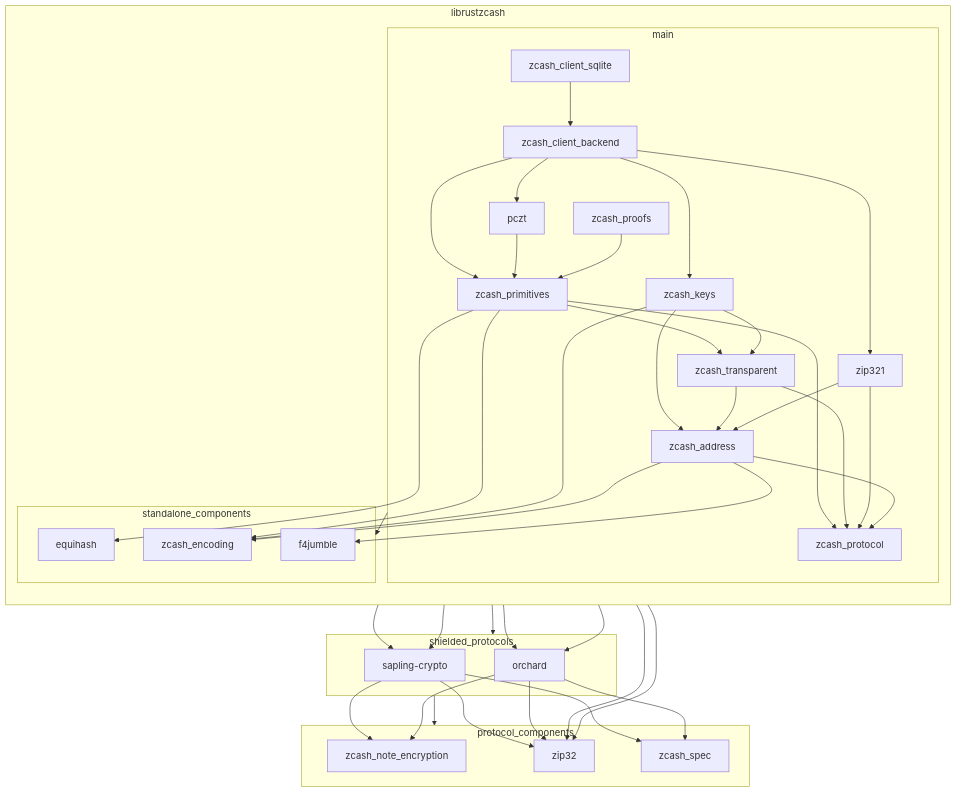
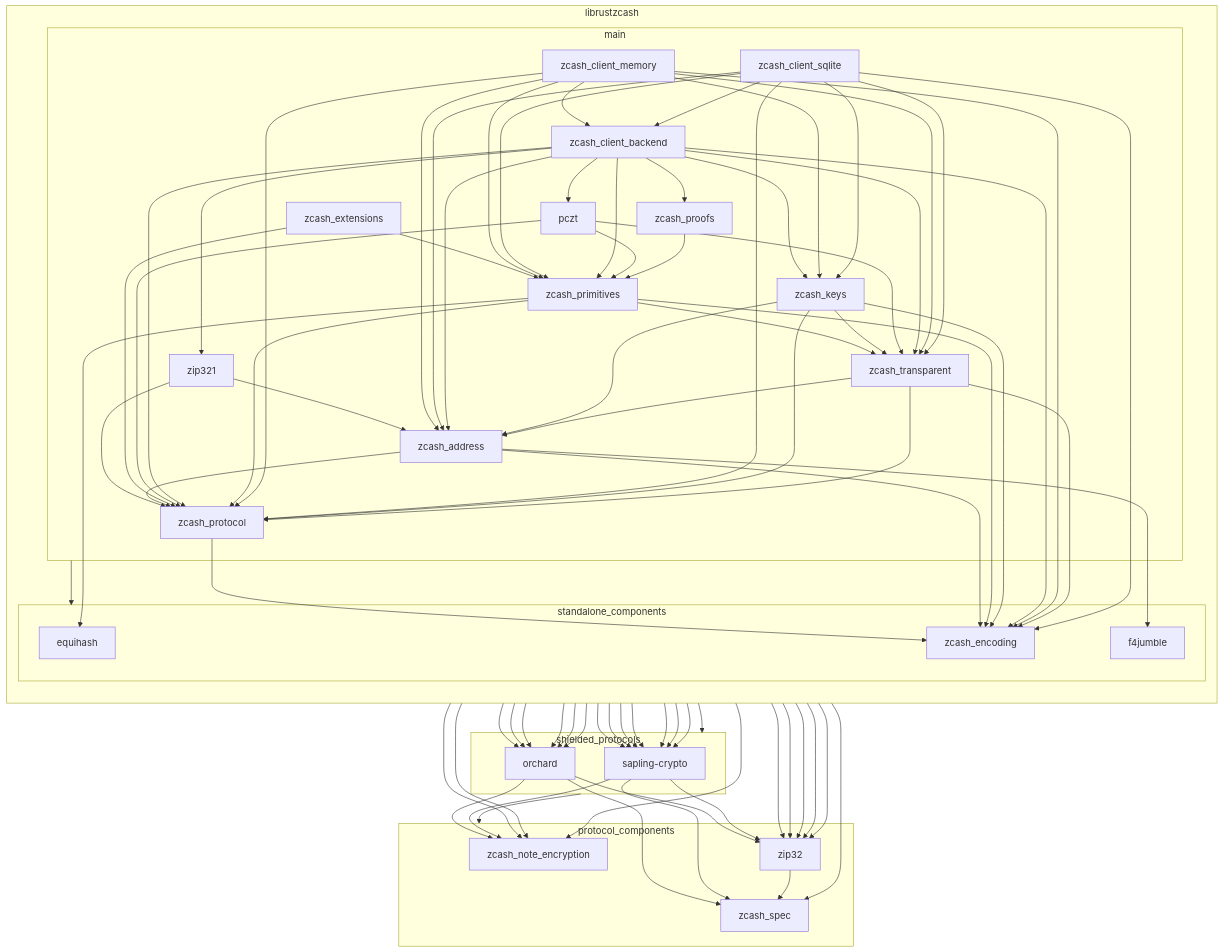
The diagram in README.md (zcash/librustzcash), drawn with Mermaid before and after one commit.

Commit message:
Fix README dependency graph to show all direct dependencies

````diff
--- a/README.md
+++ b/README.md
@@ -14,9 +14,11 @@
             zcash_primitives
             zcash_transparent
             zcash_proofs
+            zcash_extensions
             zcash_protocol
             pczt
             zcash_client_backend
+            zcash_client_memory
             zcash_client_sqlite
             zcash_keys
             zip321
@@ -41,60 +43,119 @@
     end
 
     zcash_client_sqlite --> zcash_client_backend
+    zcash_client_memory --> zcash_client_backend
+
+    zcash_client_backend --> pczt
+
+    zcash_client_sqlite --> zcash_keys
+    zcash_client_memory --> zcash_keys
+    zcash_client_backend --> zcash_keys
+
+    zcash_client_backend --> zcash_proofs
+
+    zcash_proofs --> zcash_primitives
+    pczt --> zcash_primitives
     zcash_client_backend --> zcash_primitives
+    zcash_client_sqlite --> zcash_primitives
+    zcash_client_memory --> zcash_primitives
+    zcash_extensions --> zcash_primitives
+
+    zcash_client_sqlite --> zcash_transparent
+    zcash_client_memory --> zcash_transparent
+    zcash_client_backend --> zcash_transparent
+    pczt --> zcash_transparent
+    zcash_keys --> zcash_transparent
+    zcash_primitives --> zcash_transparent
+
     zcash_client_backend --> zip321
-    zcash_client_backend --> zcash_keys
-    zcash_client_backend --> pczt
-    pczt --> zcash_primitives
-    zcash_proofs --> zcash_primitives
+
+    zcash_transparent --> zcash_address
+    zcash_keys --> zcash_address
+    zcash_client_backend --> zcash_address
+    zcash_client_sqlite --> zcash_address
+    zcash_client_memory --> zcash_address
+    zip321 --> zcash_address
+
+    zcash_transparent --> zcash_protocol
+    zcash_keys --> zcash_protocol
+    zcash_client_sqlite --> zcash_protocol
+    zcash_client_memory --> zcash_protocol
     zcash_primitives --> zcash_protocol
+    zcash_client_backend --> zcash_protocol
+    pczt --> zcash_protocol
+    zcash_extensions --> zcash_protocol
+    zcash_address --> zcash_protocol
+    zip321 --> zcash_protocol
+
+    zcash_client_sqlite --> zcash_encoding
+    zcash_transparent --> zcash_encoding
+    zcash_client_memory --> zcash_encoding
+    zcash_client_backend --> zcash_encoding
+    zcash_keys --> zcash_encoding
+    zcash_primitives --> zcash_encoding
+    zcash_address --> zcash_encoding
+    zcash_protocol --> zcash_encoding
+
     zcash_primitives --> equihash
-    zcash_primitives --> zcash_encoding
-    zcash_primitives --> zcash_transparent
+    zcash_address --> f4jumble
+
+    zcash_keys --> orchard
+    zcash_primitives --> orchard
+    pczt --> orchard
+    zcash_client_sqlite --> orchard
+    zcash_client_memory --> orchard
+    zcash_client_backend --> orchard
+
+    zcash_client_sqlite --> sapling-crypto
+    zcash_client_memory --> sapling-crypto
+    zcash_client_backend --> sapling-crypto
+    zcash_proofs --> sapling-crypto
+    pczt --> sapling-crypto
+    zcash_keys --> sapling-crypto
     zcash_primitives --> sapling-crypto
-    zcash_primitives --> orchard
-    zcash_keys --> zcash_address
-    zcash_keys --> zcash_encoding
+
+    orchard --> zcash_note_encryption
+    sapling-crypto --> zcash_note_encryption
+    zcash_primitives --> zcash_note_encryption
+    pczt --> zcash_note_encryption
+    zcash_client_backend --> zcash_note_encryption
+
+    zcash_client_sqlite --> zip32
+    zcash_client_memory --> zip32
+    zcash_client_backend --> zip32
     zcash_keys --> zip32
-    zcash_keys --> zcash_transparent
-    zcash_keys --> orchard
-    zcash_keys --> sapling-crypto
-    zcash_transparent --> zcash_protocol
-    zcash_transparent --> zcash_address
     zcash_transparent --> zip32
-    zip321 --> zcash_address
-    zip321 --> zcash_protocol
-    zcash_address --> zcash_protocol
-    zcash_address --> f4jumble
-    zcash_address --> zcash_encoding
-    sapling-crypto --> zcash_note_encryption
+    orchard --> zip32
     sapling-crypto --> zip32
+
+    zcash_transparent --> zcash_spec
+    orchard --> zcash_spec
     sapling-crypto --> zcash_spec
-    orchard --> zcash_note_encryption
-    orchard --> zip32
-    orchard --> zcash_spec
+    zip32 --> zcash_spec
 
     main --> standalone_components
 
     librustzcash --> shielded_protocols
     shielded_protocols --> protocol_components
 
+    click equihash "https://docs.rs/equihash/" _blank
+    click f4jumble "https://docs.rs/f4jumble/" _blank
+    click orchard "https://docs.rs/orchard/" _blank
+    click pczt "https://docs.rs/pczt/" _blank
+    click sapling-crypto "https://docs.rs/sapling-crypto/" _blank
     click zcash_address "https://docs.rs/zcash_address/" _blank
+    click zcash_encoding "https://docs.rs/zcash_encoding/" _blank
+    click zcash_client_backend "https://docs.rs/zcash_client_backend/" _blank
+    click zcash_client_memory "https://docs.rs/zcash_client_memory/" _blank
+    click zcash_client_sqlite "https://docs.rs/zcash_client_sqlite/" _blank
+    click zcash_extensions "https://docs.rs/zcash_extensions/" _blank
+    click zcash_keys "https://docs.rs/zcash_keys/" _blank
+    click zcash_note_encryption "https://docs.rs/zcash_note_encryption/" _blank
     click zcash_primitives "https://docs.rs/zcash_primitives/" _blank
-    click zcash_transparent "https://docs.rs/zcash_transparent/" _blank
     click zcash_proofs "https://docs.rs/zcash_proofs/" _blank
     click zcash_protocol "https://docs.rs/zcash_protocol/" _blank
-    click zcash_keys "https://docs.rs/zcash_keys/" _blank
+    click zcash_spec "https://docs.rs/zcash_spec/" _blank
+    click zcash_transparent "https://docs.rs/zcash_transparent/" _blank
     click zip321 "https://docs.rs/zip321/" _blank
-    click pczt "https://docs.rs/pczt/" _blank
-    click zcash_client_backend "https://docs.rs/zcash_client_backend/" _blank
-    click zcash_client_sqlite "https://docs.rs/zcash_client_sqlite/" _blank
-    click equihash "https://docs.rs/equihash/" _blank
-    click f4jumble "https://docs.rs/f4jumble/" _blank
-    click zcash_encoding "https://docs.rs/zcash_encoding/" _blank
-    click sapling-crypto "https://docs.rs/sapling-crypto/" _blank
-    click orchard "https://docs.rs/orchard/" _blank
-    click zcash_note_encryption "https://docs.rs/zcash_note_encryption/" _blank
     click zip32 "https://docs.rs/zip32/" _blank
-    click zcash_spec "https://docs.rs/zcash_spec/" _blank
 ```
````
